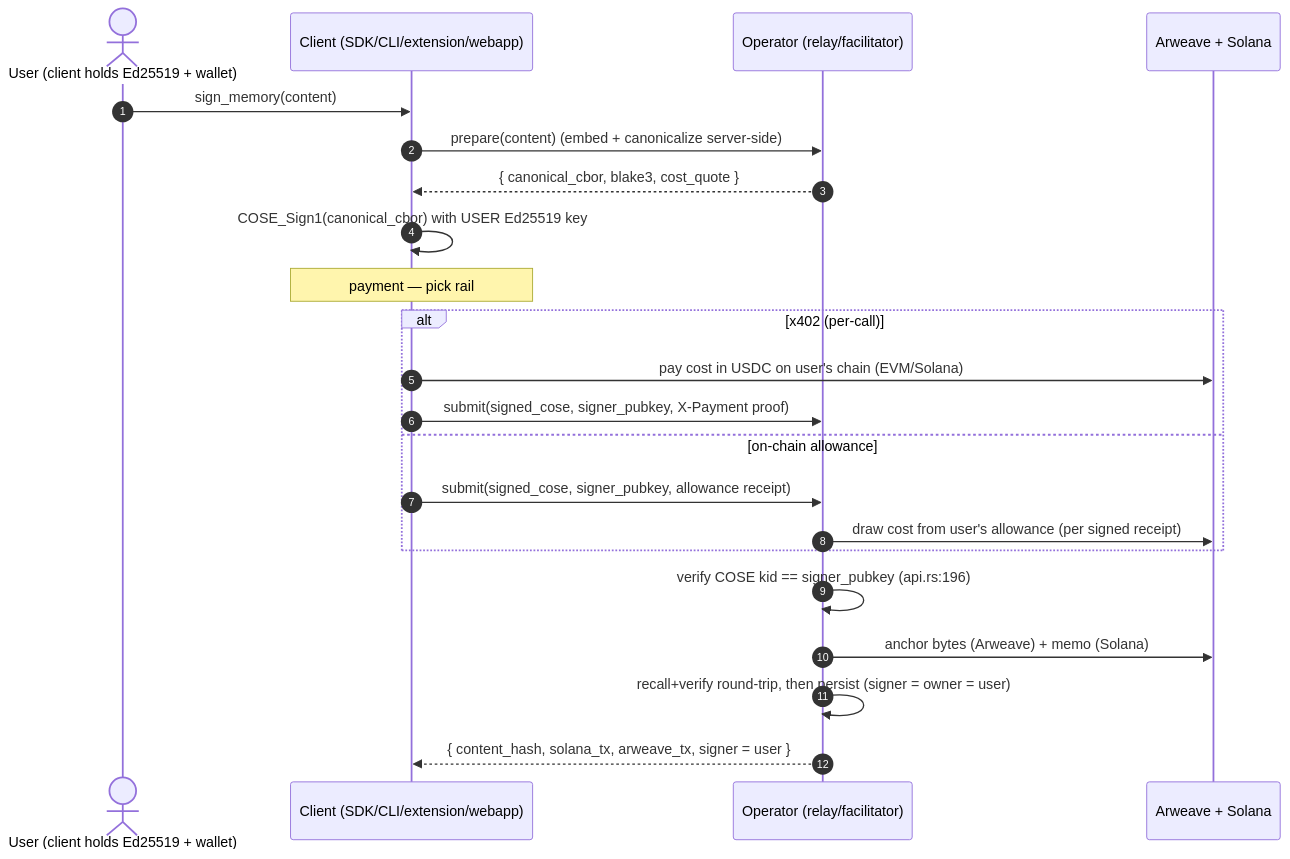
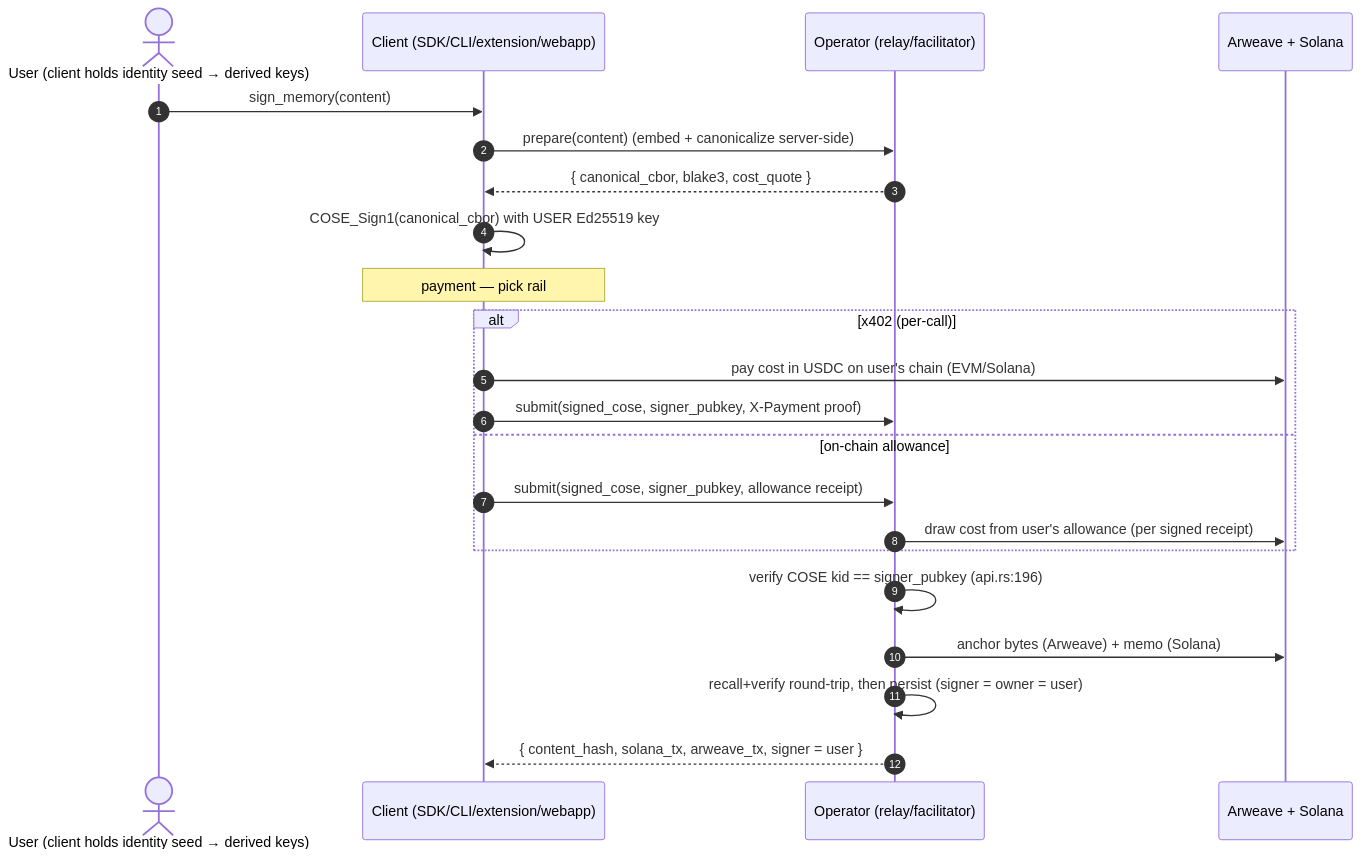
One commit to mnemonik-xyz/monorepo changed the third of 11 diagrams in work/noncustodial-paradigm/design.md. Above: the diagram before and after it, drawn with Mermaid. The commit also changed other lines of this file, not shown here.

First line of the commit message:
docs(paradigm): §19 how payment txs are signed & executed without a wallet

````diff
--- a/work/noncustodial-paradigm/design.md
+++ b/work/noncustodial-paradigm/design.md
@@ -100,25 +100,25 @@
 ```mermaid
 sequenceDiagram
     autonumber
-    actor U as User (client holds Ed25519 + wallet)
+    actor U as User (client holds identity seed → derived keys)
     participant CL as Client (SDK/CLI/extension/webapp)
     participant OP as Operator (relay/facilitator)
     participant CH as Arweave + Solana
 
     U->>CL: sign_memory(content)
     CL->>OP: prepare(content)  (embed + canonicalize server-side)
     OP-->>CL: { canonical_cbor, blake3, cost_quote }
     CL->>CL: COSE_Sign1(canonical_cbor) with USER Ed25519 key
     Note over CL: payment — pick rail
     alt x402 (per-call)
         CL->>CH: pay cost in USDC on user's chain (EVM/Solana)
         CL->>OP: submit(signed_cose, signer_pubkey, X-Payment proof)
     else on-chain allowance
         CL->>OP: submit(signed_cose, signer_pubkey, allowance receipt)
         OP->>CH: draw cost from user's allowance (per signed receipt)
     end
     OP->>OP: verify COSE kid == signer_pubkey (api.rs:196)
     OP->>CH: anchor bytes (Arweave) + memo (Solana)
     OP->>OP: recall+verify round-trip, then persist (signer = owner = user)
     OP-->>CL: { content_hash, solana_tx, arweave_tx, signer = user }
 ```
````
